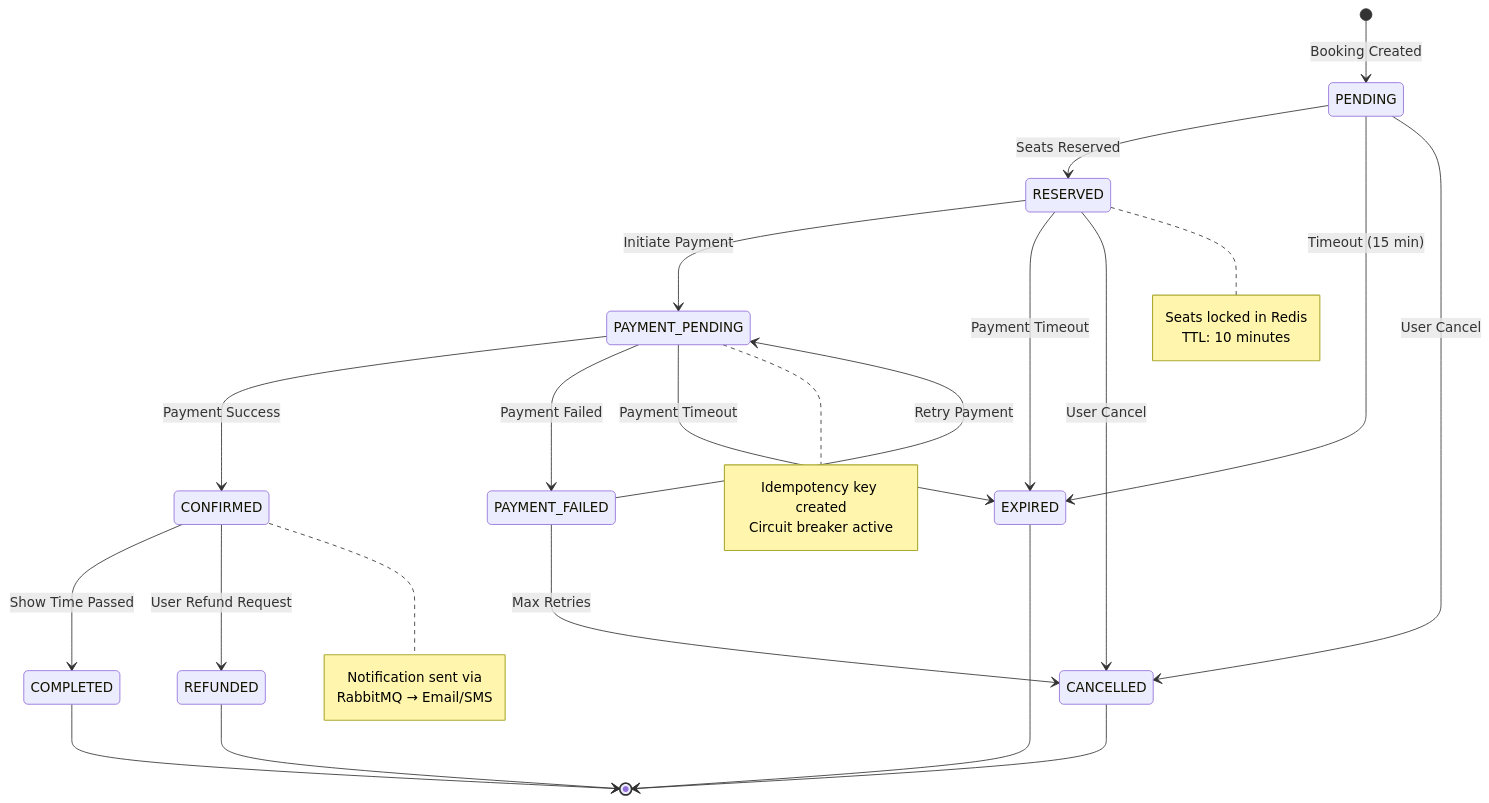
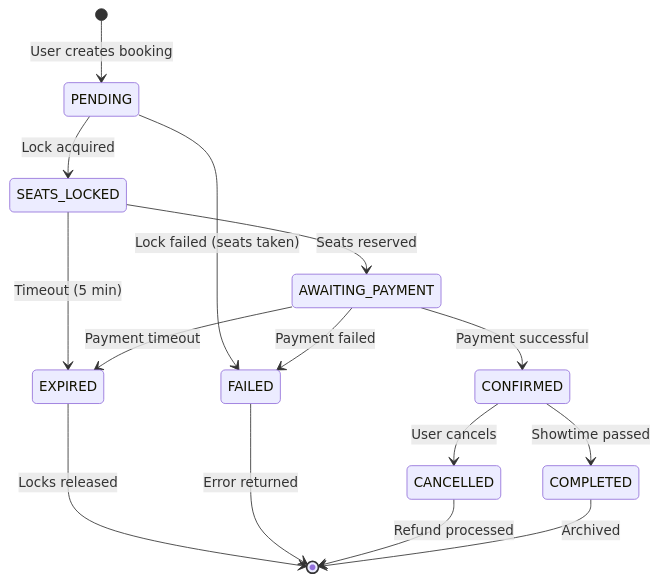
The diagram in docs/diagrams/booking-state.mmd (aduoke33/UDPT_CSE702063-1-2-25_N01_Group_9), drawn with Mermaid before and after one commit. The commit also changed 11 other files, not shown here.

```diff
--- a/docs/diagrams/booking-state.mmd
+++ b/docs/diagrams/booking-state.mmd
@@ -1,40 +1,20 @@
 stateDiagram-v2
-    [*] --> PENDING: Booking Created
+    [*] --> PENDING: User creates booking
     
-    PENDING --> RESERVED: Seats Reserved
-    PENDING --> EXPIRED: Timeout (15 min)
-    PENDING --> CANCELLED: User Cancel
+    PENDING --> SEATS_LOCKED: Lock acquired
+    PENDING --> FAILED: Lock failed (seats taken)
     
-    RESERVED --> PAYMENT_PENDING: Initiate Payment
-    RESERVED --> EXPIRED: Payment Timeout
-    RESERVED --> CANCELLED: User Cancel
+    SEATS_LOCKED --> AWAITING_PAYMENT: Seats reserved
+    SEATS_LOCKED --> EXPIRED: Timeout (5 min)
     
-    PAYMENT_PENDING --> CONFIRMED: Payment Success
-    PAYMENT_PENDING --> PAYMENT_FAILED: Payment Failed
-    PAYMENT_PENDING --> EXPIRED: Payment Timeout
+    AWAITING_PAYMENT --> CONFIRMED: Payment successful
+    AWAITING_PAYMENT --> FAILED: Payment failed
+    AWAITING_PAYMENT --> EXPIRED: Payment timeout
     
-    PAYMENT_FAILED --> PAYMENT_PENDING: Retry Payment
-    PAYMENT_FAILED --> CANCELLED: Max Retries
+    CONFIRMED --> CANCELLED: User cancels
+    CONFIRMED --> COMPLETED: Showtime passed
     
-    CONFIRMED --> COMPLETED: Show Time Passed
-    CONFIRMED --> REFUNDED: User Refund Request
-    
-    REFUNDED --> [*]
-    CANCELLED --> [*]
-    EXPIRED --> [*]
-    COMPLETED --> [*]
-    
-    note right of RESERVED
-        Seats locked in Redis
-        TTL: 10 minutes
-    end note
-    
-    note right of PAYMENT_PENDING
-        Idempotency key created
-        Circuit breaker active
-    end note
-    
-    note right of CONFIRMED
-        Notification sent via
-        RabbitMQ → Email/SMS
-    end note
+    EXPIRED --> [*]: Locks released
+    FAILED --> [*]: Error returned
+    CANCELLED --> [*]: Refund processed
+    COMPLETED --> [*]: Archived
```
